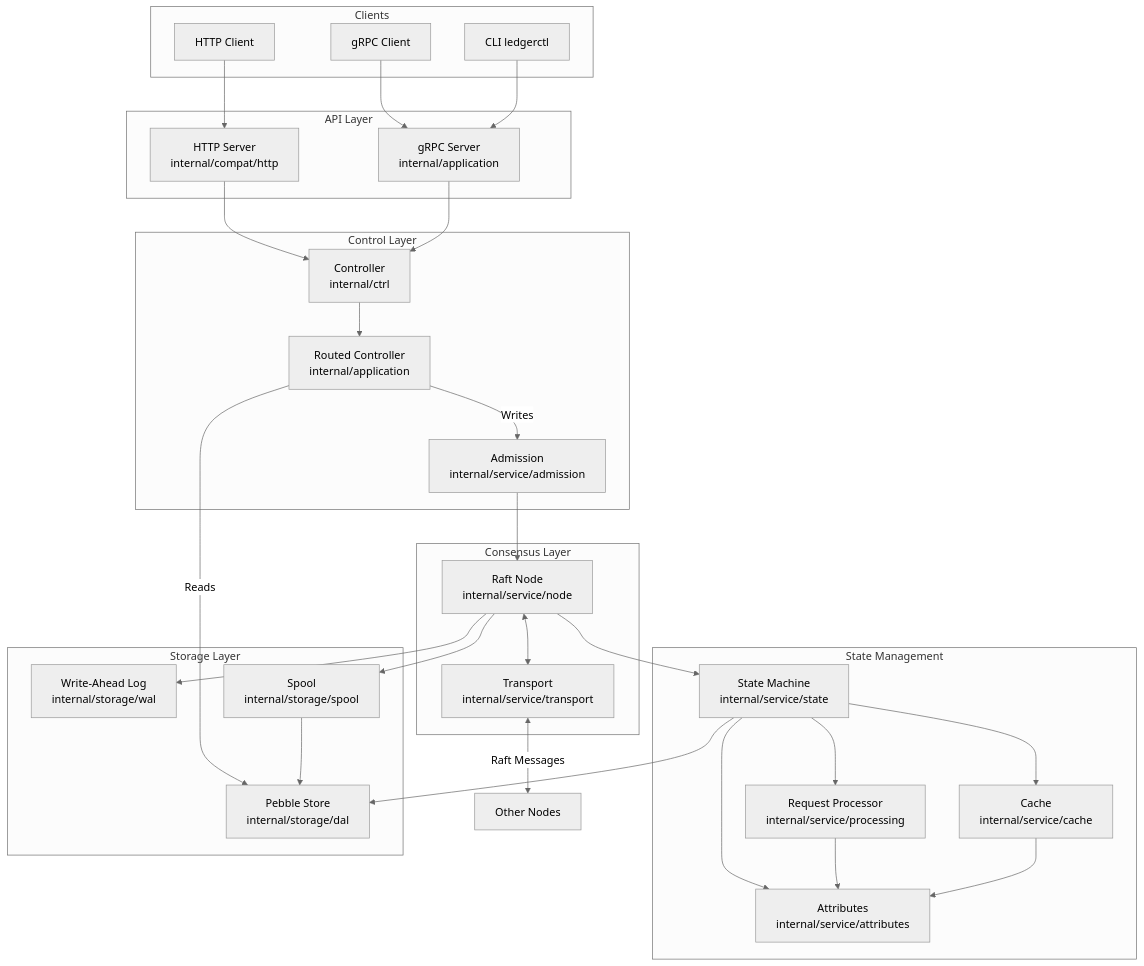
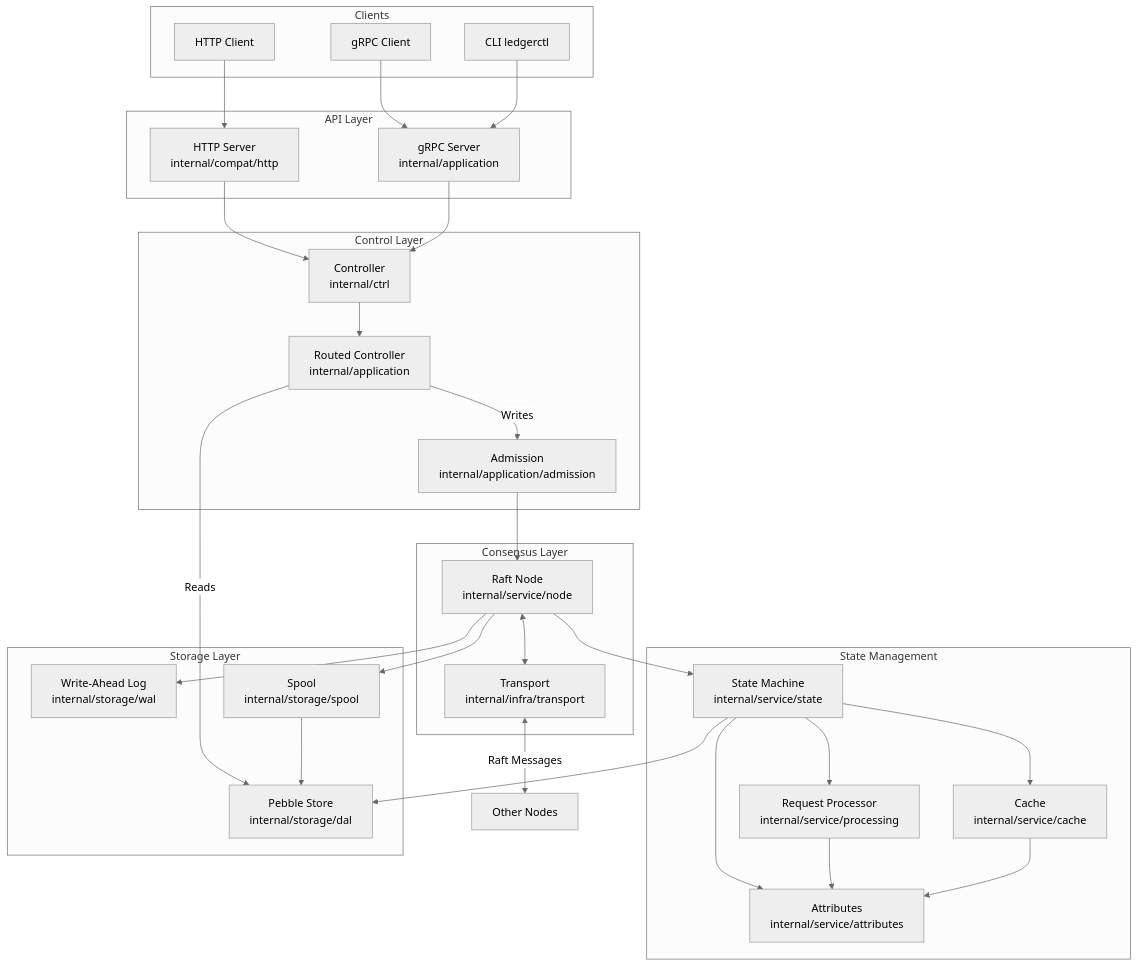
One commit to formancehq/ledger changed the first of 6 diagrams in docs/dev/architecture/overview.md. Above: the diagram before and after it, drawn with Mermaid (neutral theme). The commit also changed other lines of this file and 85 other files, not shown here.

First line of the commit message:
refactor: reorganize service/ into DDD layers (application/, infra/)

````diff
--- a/docs/dev/architecture/overview.md
+++ b/docs/dev/architecture/overview.md
@@ -9,66 +9,66 @@
 ```mermaid
 flowchart TB
     subgraph Clients
         HTTP[HTTP Client]
         GRPC[gRPC Client]
         CLI[CLI ledgerctl]
     end
 
     subgraph API["API Layer"]
         HTTPServer[HTTP Server<br/>internal/compat/http]
         GRPCServer[gRPC Server<br/>internal/application]
     end
 
     subgraph Control["Control Layer"]
         Controller[Controller<br/>internal/ctrl]
         RoutedCtrl[Routed Controller<br/>internal/application]
-        Admission[Admission<br/>internal/service/admission]
+        Admission[Admission<br/>internal/application/admission]
     end
 
     subgraph Consensus["Consensus Layer"]
         Node[Raft Node<br/>internal/service/node]
-        Transport[Transport<br/>internal/service/transport]
+        Transport[Transport<br/>internal/infra/transport]
     end
 
     subgraph State["State Management"]
         FSM[State Machine<br/>internal/service/state]
         Processing[Request Processor<br/>internal/service/processing]
         Cache[Cache<br/>internal/service/cache]
         Attributes[Attributes<br/>internal/service/attributes]
     end
 
     subgraph Storage["Storage Layer"]
         Store[Pebble Store<br/>internal/storage/dal]
         WAL[Write-Ahead Log<br/>internal/storage/wal]
         Spool[Spool<br/>internal/storage/spool]
     end
 
     HTTP --> HTTPServer
     GRPC --> GRPCServer
     CLI --> GRPCServer
 
     HTTPServer --> Controller
     GRPCServer --> Controller
 
     Controller --> RoutedCtrl
     RoutedCtrl -->|Writes| Admission
     RoutedCtrl -->|Reads| Store
 
     Admission --> Node
     Node <--> Transport
     Transport <-->|Raft Messages| OtherNodes[Other Nodes]
 
     Node --> FSM
     FSM --> Processing
     FSM --> Cache
     FSM --> Attributes
     FSM --> Store
 
     Processing --> Attributes
 
     Node --> WAL
     Node --> Spool
     Spool --> Store
 
     Cache --> Attributes
 ```
````
